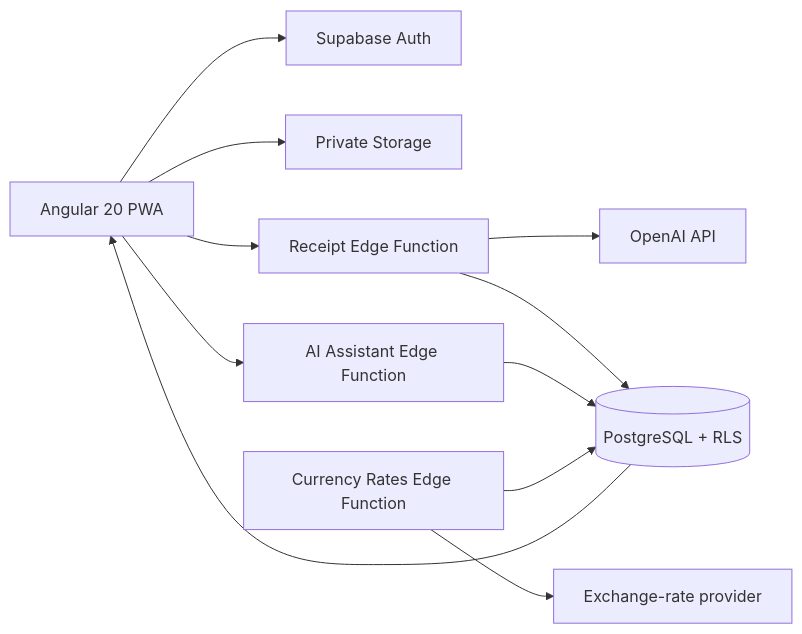
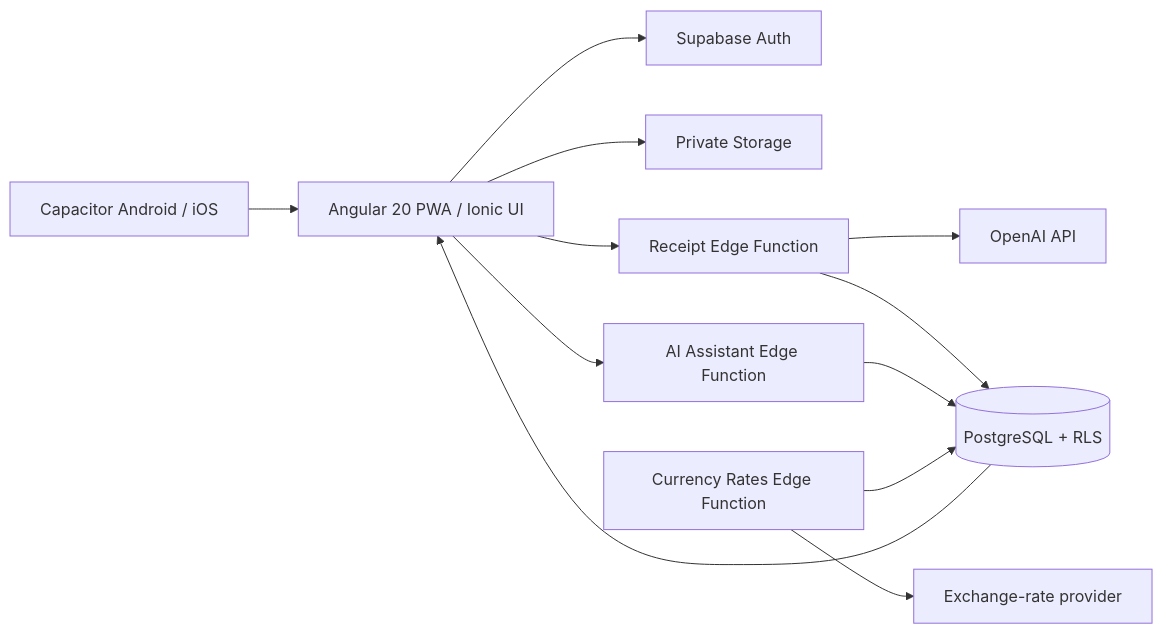
Before and after one commit to hussain0326/house-finance-assistance: the diagram in README.md, drawn with Mermaid. The commit also changed other lines of this file and 113 other files, not shown here.

First line of the commit message:
refactor: migrate from Angular Material to Ionic components in receipt and settings pages

````diff
--- a/README.md
+++ b/README.md
@@ -34,13 +35,14 @@
 ```mermaid
 flowchart LR
-  Browser[Angular 20 PWA] --> Auth[Supabase Auth]
+   Browser[Angular 20 PWA / Ionic UI] --> Auth[Supabase Auth]
+   Native[Capacitor Android / iOS] --> Browser
   Browser --> Storage[Private Storage]
   Browser --> ReceiptFn[Receipt Edge Function]
   Browser --> AssistantFn[AI Assistant Edge Function]
   ReceiptFn --> OpenAI[OpenAI API]
   ReceiptFn --> DB[(PostgreSQL + RLS)]
   AssistantFn --> DB
   RatesFn[Currency Rates Edge Function] --> Rates[Exchange-rate provider]
   RatesFn --> DB
   DB --> Browser
 ```
````
